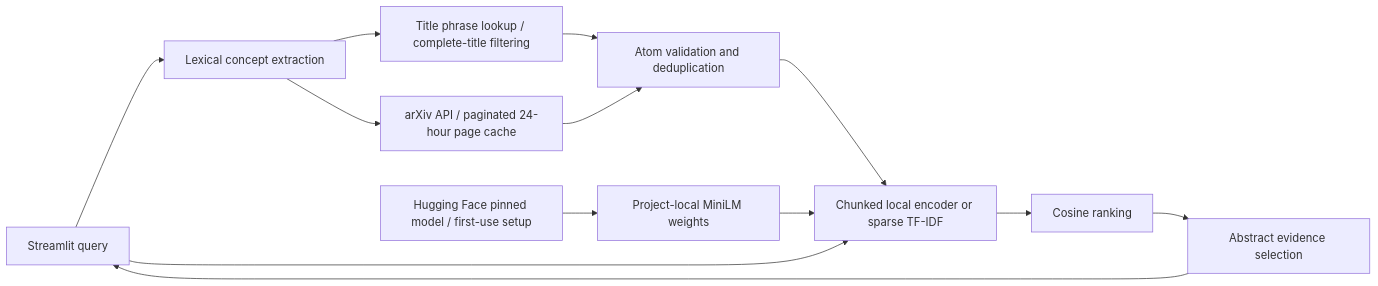
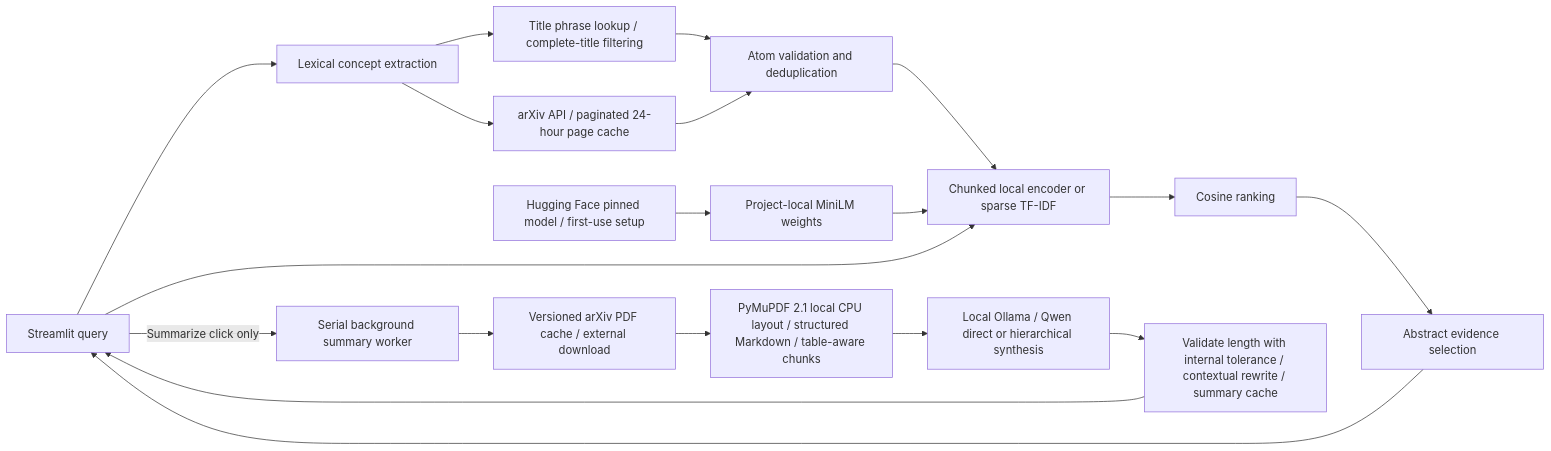
One commit to ArtemDziuba/Paper-Discovery-Assistant changed the first of 3 diagrams in docs/architecture.md. Above: the diagram before and after it, drawn with Mermaid. The commit also changed other lines of this file and 24 other files, not shown here.

````diff
--- a/docs/architecture.md
+++ b/docs/architecture.md
@@ -6,15 +7,21 @@
 ```mermaid
 flowchart LR
     UI[Streamlit query] --> Q[Lexical concept extraction]
     Q --> T[Title phrase lookup / complete-title filtering]
     Q --> R[arXiv API / paginated 24-hour page cache]
     T --> P
     R --> P[Atom validation and deduplication]
     P --> E[Chunked local encoder or sparse TF-IDF]
     HF[Hugging Face pinned model / first-use setup] --> M[Project-local MiniLM weights]
     M --> E
     UI --> E
     E --> S[Cosine ranking]
     S --> X[Abstract evidence selection]
     X --> UI
+    UI -->|Summarize click only| J[Serial background summary worker]
+    J --> PDC[Versioned arXiv PDF cache / external download]
+    PDC --> PDF[PyMuPDF 2.1 local CPU layout / structured Markdown / table-aware chunks]
+    PDF --> OL[Local Ollama / Qwen direct or hierarchical synthesis]
+    OL --> SC[Validate length with internal tolerance / contextual rewrite / summary cache]
+    SC --> UI
 ```
````
